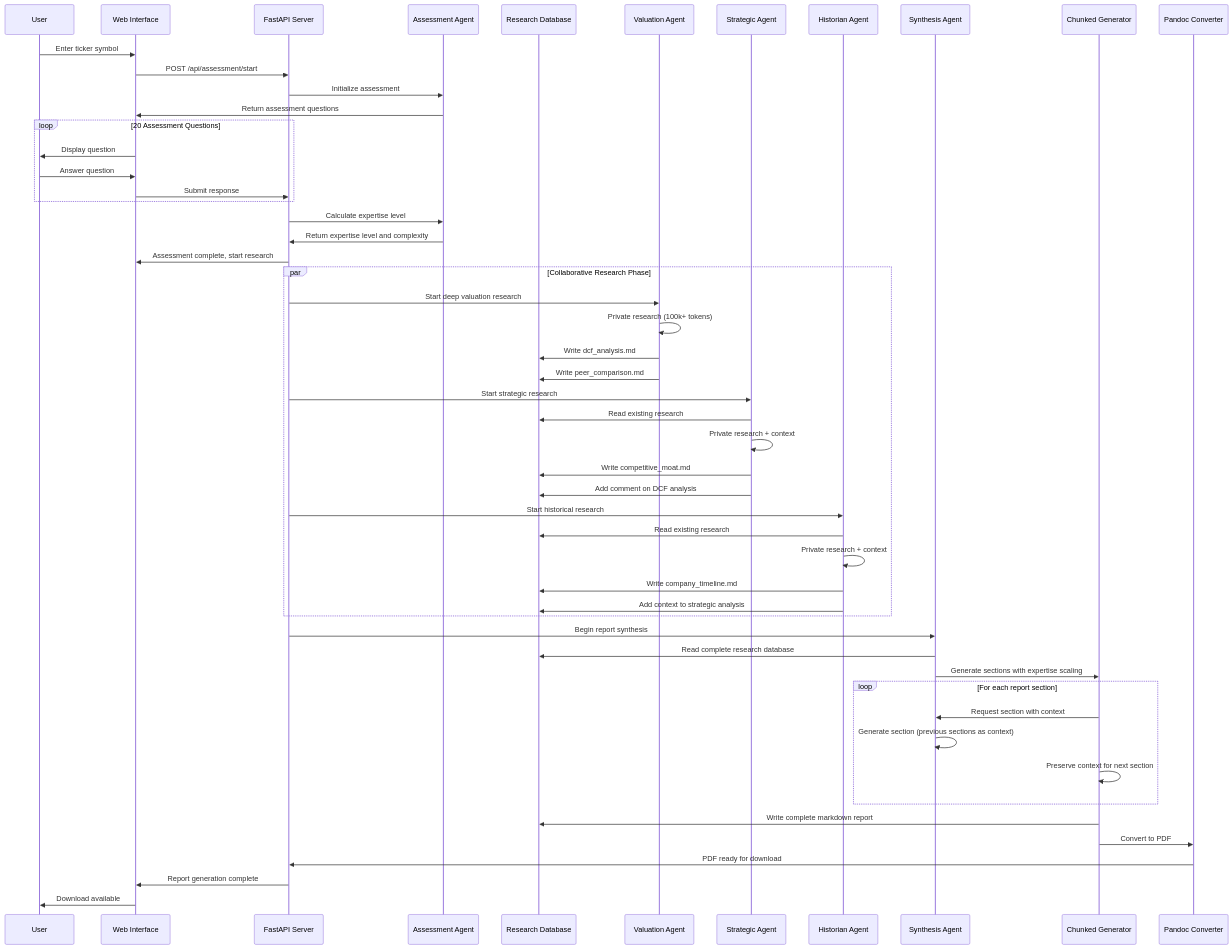
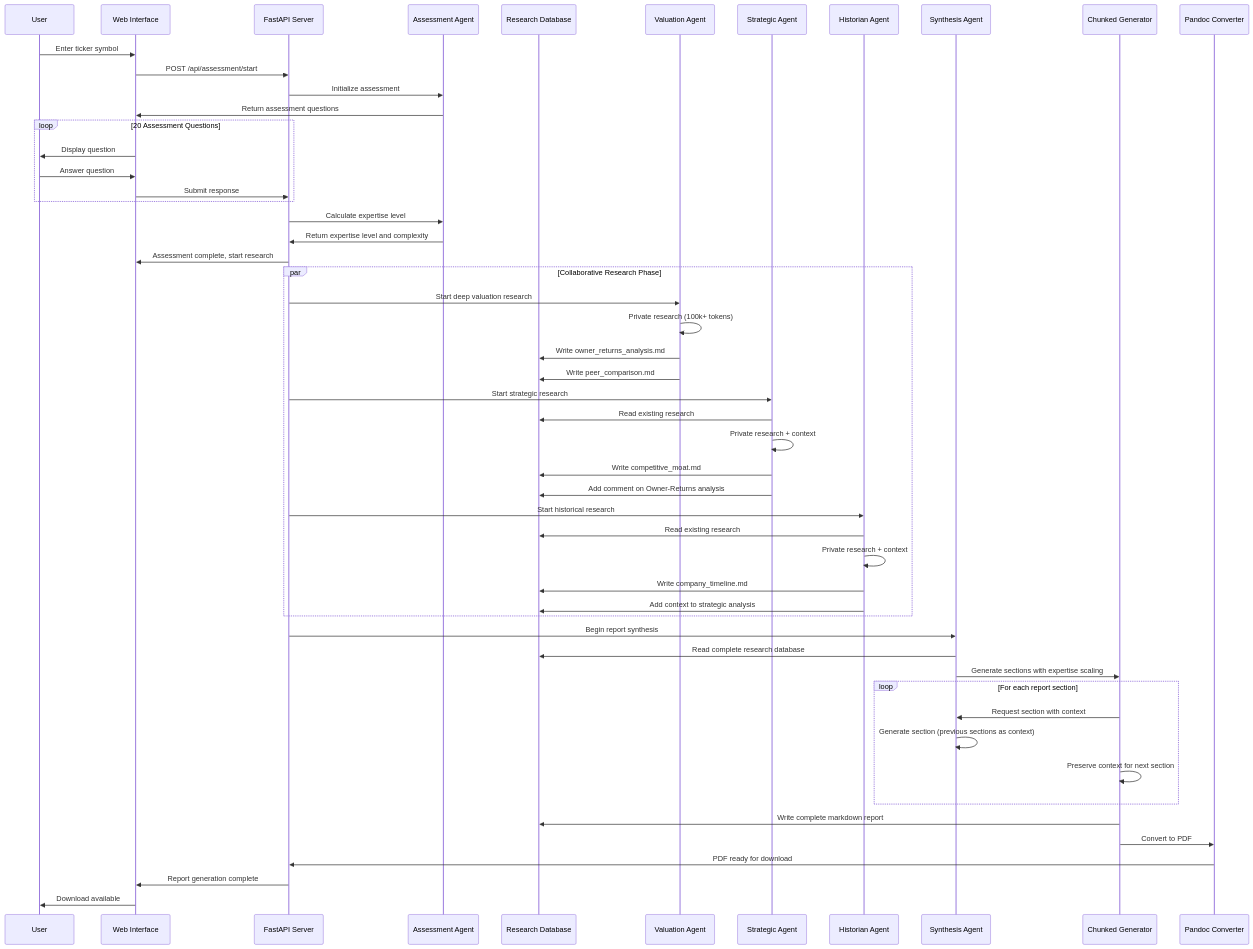
The diagram in docs/architecture/core-workflows.md (Djordje-Stojanovic/StockIQ), drawn with Mermaid before and after one commit. The commit also changed 38 other files, not shown here.

````diff
--- a/docs/architecture/core-workflows.md
+++ b/docs/architecture/core-workflows.md
@@ -5,64 +5,64 @@
 ```mermaid
 sequenceDiagram
     participant User
     participant WebUI as Web Interface
     participant API as FastAPI Server
     participant Assessment as Assessment Agent
     participant DB as Research Database
     participant Valuation as Valuation Agent
     participant Strategic as Strategic Agent
     participant Historian as Historian Agent
     participant Synthesis as Synthesis Agent
     participant Chunked as Chunked Generator
     participant Pandoc as Pandoc Converter
 
     User->>WebUI: Enter ticker symbol
     WebUI->>API: POST /api/assessment/start
     API->>Assessment: Initialize assessment
     Assessment->>WebUI: Return assessment questions
     
     loop 20 Assessment Questions
         WebUI->>User: Display question
         User->>WebUI: Answer question
         WebUI->>API: Submit response
     end
     
     API->>Assessment: Calculate expertise level
     Assessment->>API: Return expertise level and complexity
     API->>WebUI: Assessment complete, start research
     
     par Collaborative Research Phase
         API->>Valuation: Start deep valuation research
         Valuation->>Valuation: Private research (100k+ tokens)
-        Valuation->>DB: Write dcf_analysis.md
+        Valuation->>DB: Write owner_returns_analysis.md
         Valuation->>DB: Write peer_comparison.md
         
         API->>Strategic: Start strategic research
         Strategic->>DB: Read existing research
         Strategic->>Strategic: Private research + context
         Strategic->>DB: Write competitive_moat.md
-        Strategic->>DB: Add comment on DCF analysis
+        Strategic->>DB: Add comment on Owner-Returns analysis
         
         API->>Historian: Start historical research
         Historian->>DB: Read existing research
         Historian->>Historian: Private research + context
         Historian->>DB: Write company_timeline.md
         Historian->>DB: Add context to strategic analysis
     end
     
     API->>Synthesis: Begin report synthesis
     Synthesis->>DB: Read complete research database
     Synthesis->>Chunked: Generate sections with expertise scaling
     
     loop For each report section
         Chunked->>Synthesis: Request section with context
         Synthesis->>Synthesis: Generate section (previous sections as context)
         Chunked->>Chunked: Preserve context for next section
     end
     
     Chunked->>DB: Write complete markdown report
     Chunked->>Pandoc: Convert to PDF
     Pandoc->>API: PDF ready for download
     API->>WebUI: Report generation complete
     WebUI->>User: Download available
 ```
````
